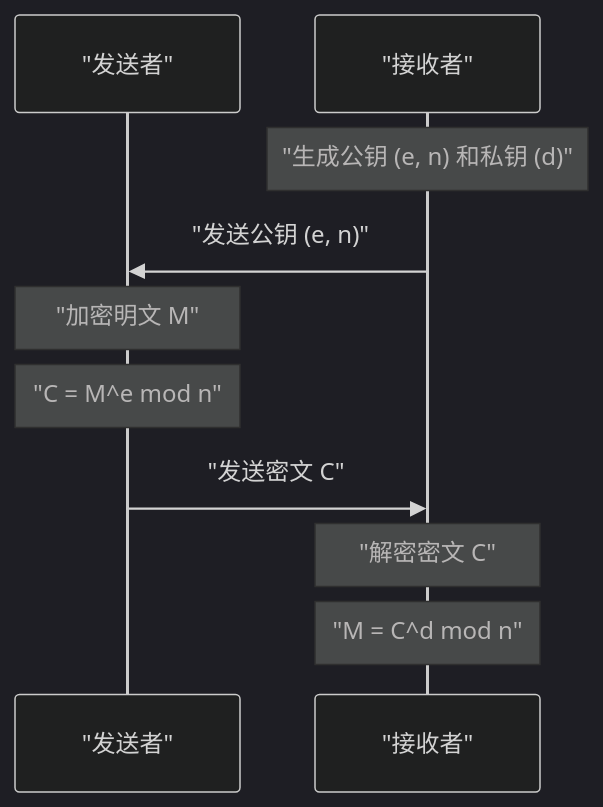
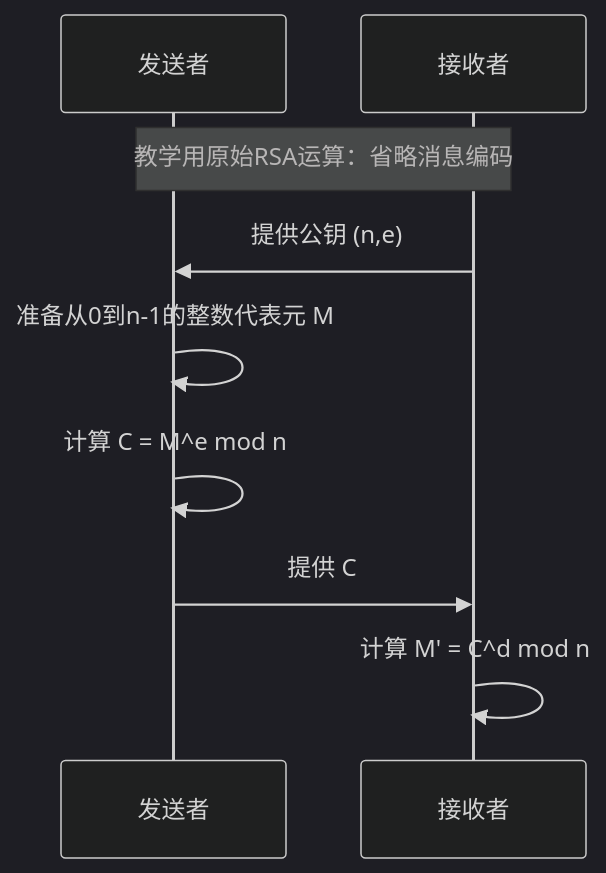
One commit to kenjinote/blog changed the second of 2 diagrams in content/post/fermats-little-theorem/index.zh-cn.md. Above: the diagram before and after it, drawn with Mermaid (dark theme). The commit also changed other lines of this file and 6 other files, not shown here.

````diff
--- a/content/post/fermats-little-theorem/index.zh-cn.md
+++ b/content/post/fermats-little-theorem/index.zh-cn.md
@@ -102,12 +80,11 @@
 ```mermaid
 sequenceDiagram
-    participant Sender as "发送者"
-    participant Receiver as "接收者"
-    Note over Receiver: "生成公钥 (e, n) 和私钥 (d)"
-    Receiver->>Sender: "发送公钥 (e, n)"
-    Note over Sender: "加密明文 M"
-    Note over Sender: "C = M^e mod n"
-    Sender->>Receiver: "发送密文 C"
-    Note over Receiver: "解密密文 C"
-    Note over Receiver: "M = C^d mod n"
+    participant Sender as 发送者
+    participant Receiver as 接收者
+    Note over Sender,Receiver: 教学用原始RSA运算：省略消息编码
+    Receiver->>Sender: 提供公钥 (n,e)
+    Sender->>Sender: 准备从0到n-1的整数代表元 M
+    Sender->>Sender: 计算 C = M^e mod n
+    Sender->>Receiver: 提供 C
+    Receiver->>Receiver: 计算 M' = C^d mod n
 ```
````
